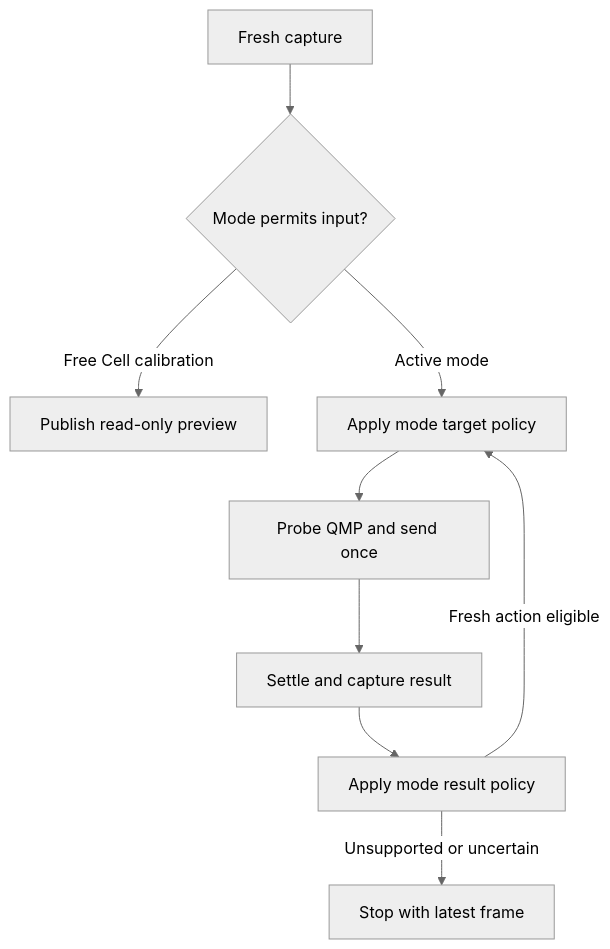
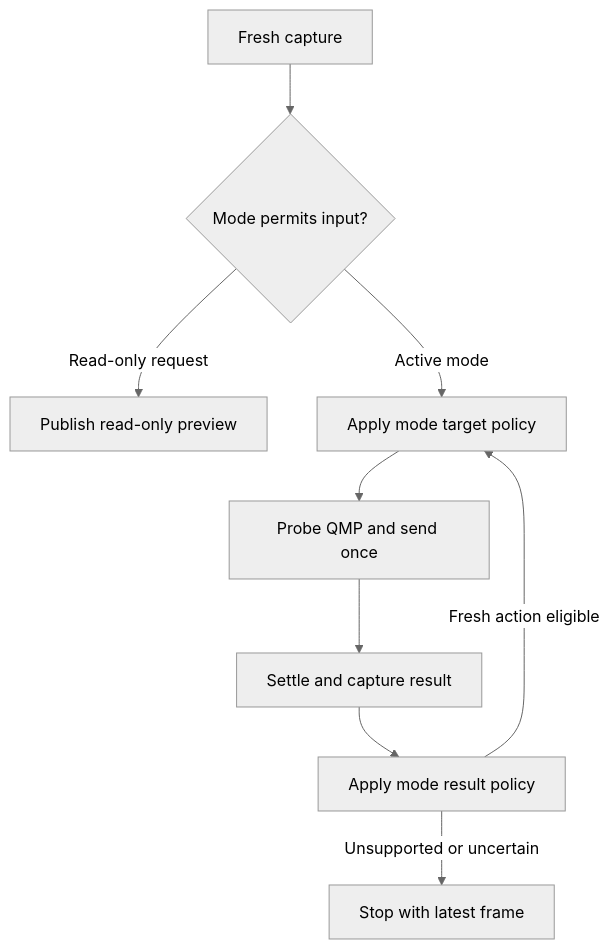
One commit to xSAR-research/qmp-qemu-socket changed the diagram in docs/architecture.md. Above: the diagram before and after it, drawn with Mermaid (neutral theme). The commit also changed other lines of this file and 31 other files, not shown here.

````diff
--- a/docs/architecture.md
+++ b/docs/architecture.md
@@ -54,11 +55,11 @@
 ```mermaid
 flowchart TD
     A["Fresh capture"] --> B{"Mode permits input?"}
-    B -->|"Free Cell calibration"| C["Publish read-only preview"]
+    B -->|"Read-only request"| C["Publish read-only preview"]
     B -->|"Active mode"| D["Apply mode target policy"]
     D --> E["Probe QMP and send once"]
     E --> F["Settle and capture result"]
     F --> G["Apply mode result policy"]
     G -->|"Fresh action eligible"| D
     G -->|"Unsupported or uncertain"| H["Stop with latest frame"]
 ```
````
